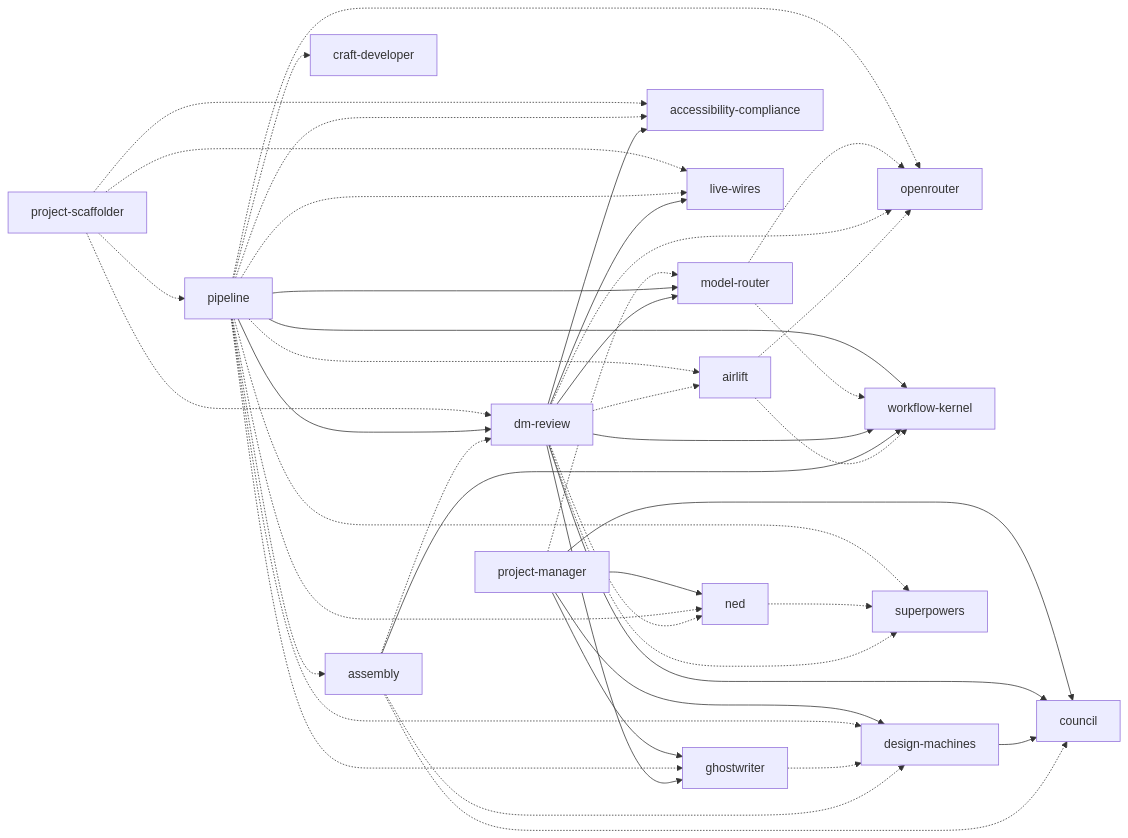
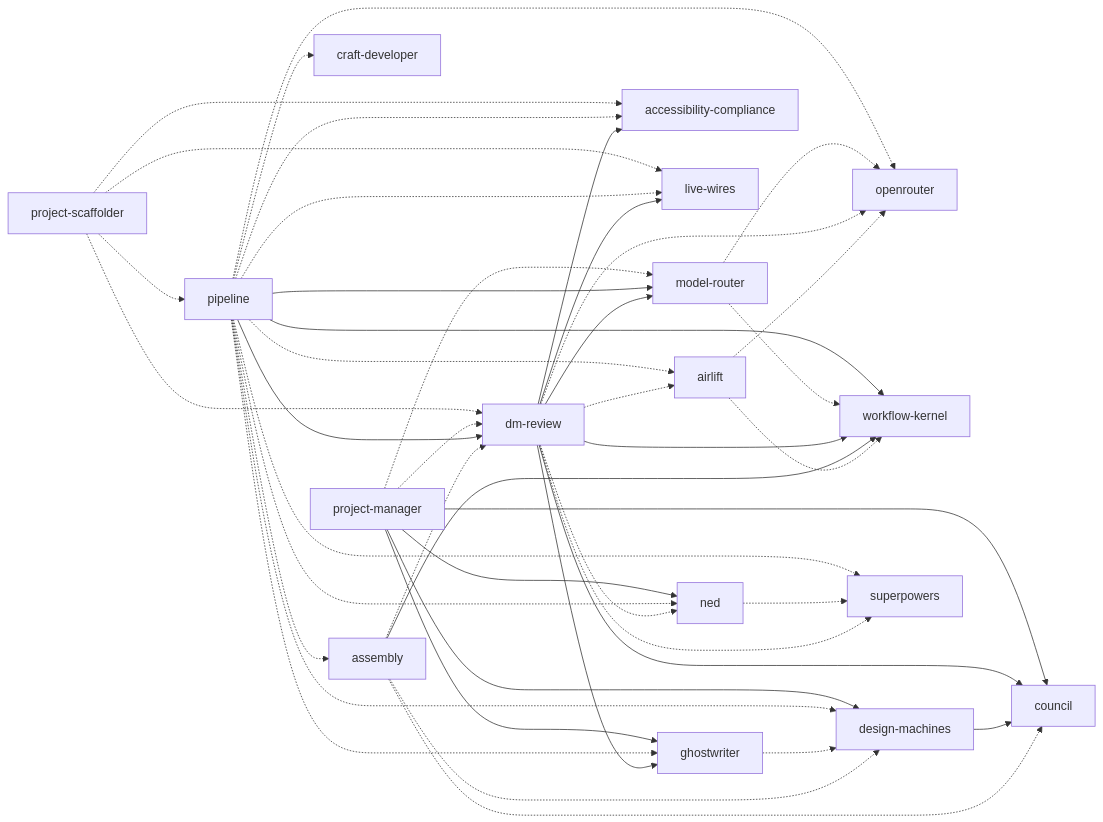
The diagram in docs/dependency-graph.md (Design-Machines-Studio/depot), drawn with Mermaid before and after one commit. The commit also changed other lines of this file and 40 other files, not shown here.

````diff
--- a/docs/dependency-graph.md
+++ b/docs/dependency-graph.md
@@ -5,46 +5,47 @@
 ```mermaid
 graph LR
   airlift -.-> openrouter
   airlift -.-> workflow-kernel
   assembly --> workflow-kernel
   assembly -.-> council
   assembly -.-> design-machines
   assembly -.-> dm-review
   design-machines --> council
   dm-review --> accessibility-compliance
   dm-review --> live-wires
   dm-review --> ghostwriter
   dm-review --> council
   dm-review --> model-router
   dm-review --> workflow-kernel
   dm-review -.-> ned
   dm-review -.-> superpowers
   dm-review -.-> airlift
   dm-review -.-> openrouter
   ghostwriter -.-> design-machines
   model-router -.-> openrouter
   model-router -.-> workflow-kernel
   ned -.-> superpowers
   pipeline --> dm-review
   pipeline --> model-router
   pipeline --> workflow-kernel
   pipeline -.-> ned
   pipeline -.-> design-machines
   pipeline -.-> assembly
   pipeline -.-> live-wires
   pipeline -.-> craft-developer
   pipeline -.-> accessibility-compliance
   pipeline -.-> ghostwriter
   pipeline -.-> superpowers
   pipeline -.-> airlift
   pipeline -.-> openrouter
   project-manager --> ned
   project-manager --> design-machines
   project-manager --> ghostwriter
   project-manager --> council
   project-manager -.-> model-router
+  project-manager -.-> dm-review
   project-scaffolder -.-> live-wires
   project-scaffolder -.-> dm-review
   project-scaffolder -.-> pipeline
   project-scaffolder -.-> accessibility-compliance
 ```
````
